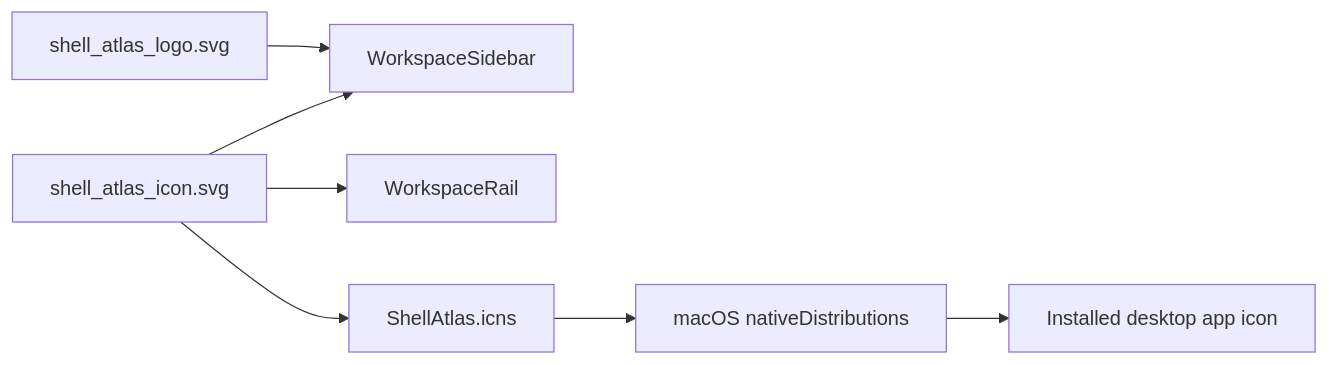
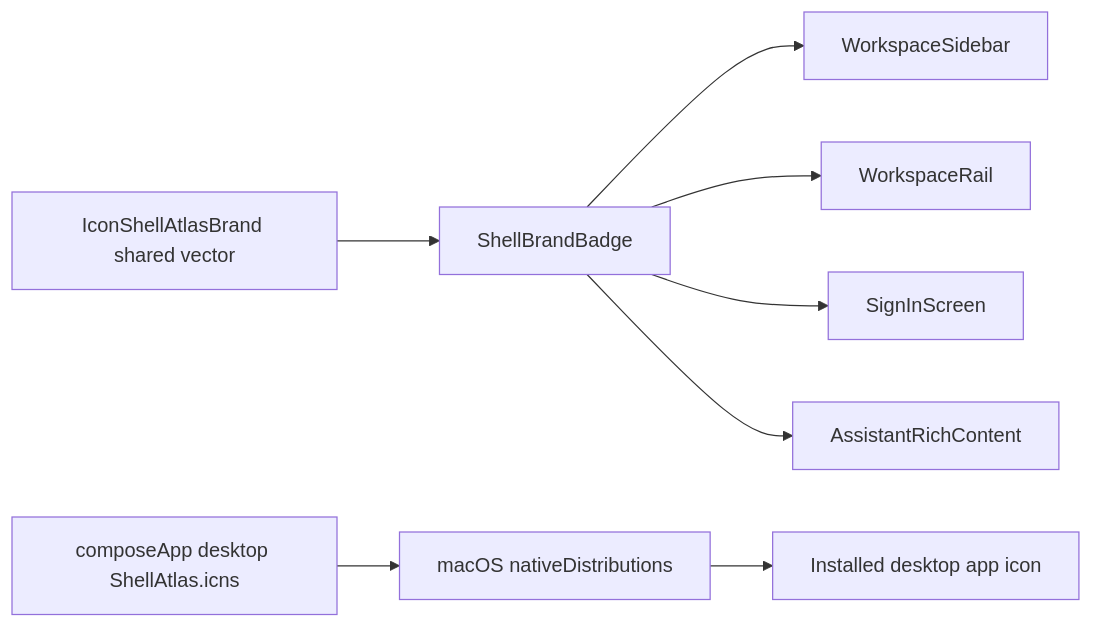
Before and after one commit to normansanchezn/ShellAtlas-Doc: the diagram in obsidian-vault/08-diagrams/Brand Asset Distribution Flow.md, drawn with Mermaid. The commit also changed 26 other files, not shown here.

````diff
--- a/obsidian-vault/08-diagrams/Brand Asset Distribution Flow.md
+++ b/obsidian-vault/08-diagrams/Brand Asset Distribution Flow.md
@@ -14,9 +14,10 @@
 ```mermaid
 flowchart LR
-    A[shell_atlas_icon.svg] --> B[WorkspaceSidebar]
-    A --> C[WorkspaceRail]
-    A --> D[ShellAtlas.icns]
-    E[shell_atlas_logo.svg] --> B
-    D --> F[macOS nativeDistributions]
-    F --> G[Installed desktop app icon]
+    A[IconShellAtlasBrand shared vector] --> B[ShellBrandBadge]
+    B --> C[WorkspaceSidebar]
+    B --> D[WorkspaceRail]
+    B --> E[SignInScreen]
+    B --> F[AssistantRichContent]
+    G[composeApp desktop ShellAtlas.icns] --> H[macOS nativeDistributions]
+    H --> I[Installed desktop app icon]
 ```
````
